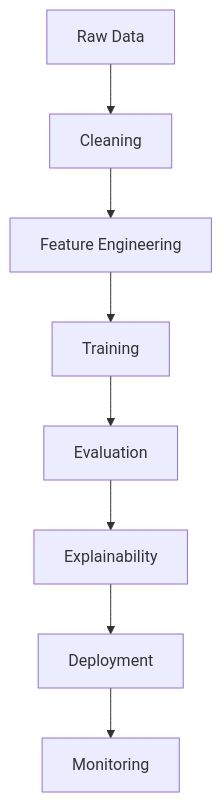
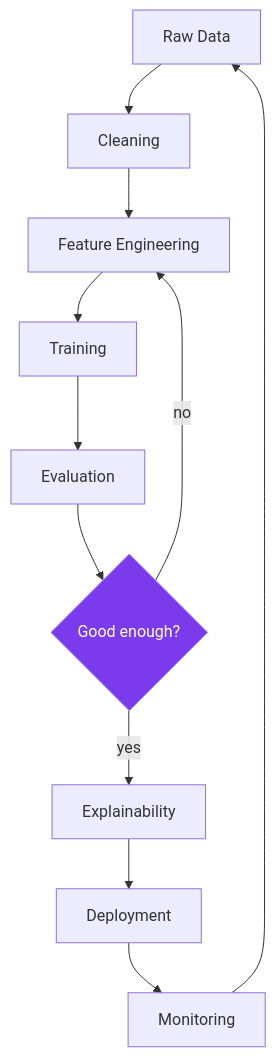
The second of 4 diagrams in README.md (aIxart-sjv/aIxart-sjv), drawn with Mermaid before and after one commit. The commit also changed other lines of this file, not shown here.

````diff
--- a/README.md
+++ b/README.md
@@ -292,10 +374,15 @@
 ```mermaid
 flowchart TD
     A[Raw Data] --> B[Cleaning]
     B --> C[Feature Engineering]
     C --> D[Training]
     D --> E[Evaluation]
-    E --> F[Explainability]
-    F --> G[Deployment]
-    G --> H[Monitoring]
+    E --> F{Good enough?}
+    F -- no --> C
+    F -- yes --> G[Explainability]
+    G --> H[Deployment]
+    H --> I[Monitoring]
+    I --> A
+
+    style F fill:#7c3aed,stroke:#a78bfa,color:#fff
 ```
````
